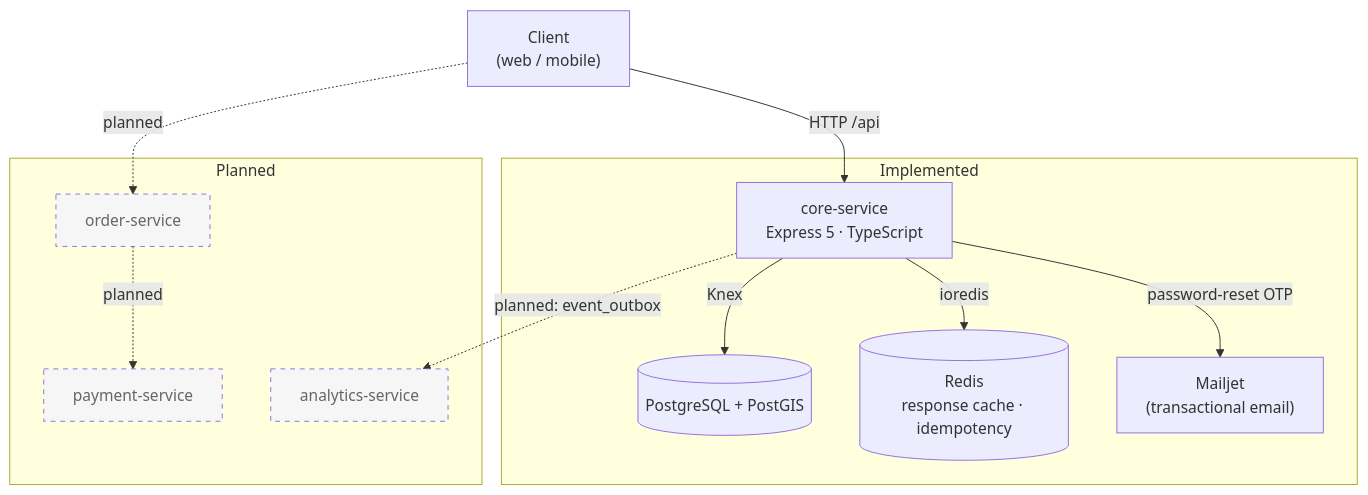
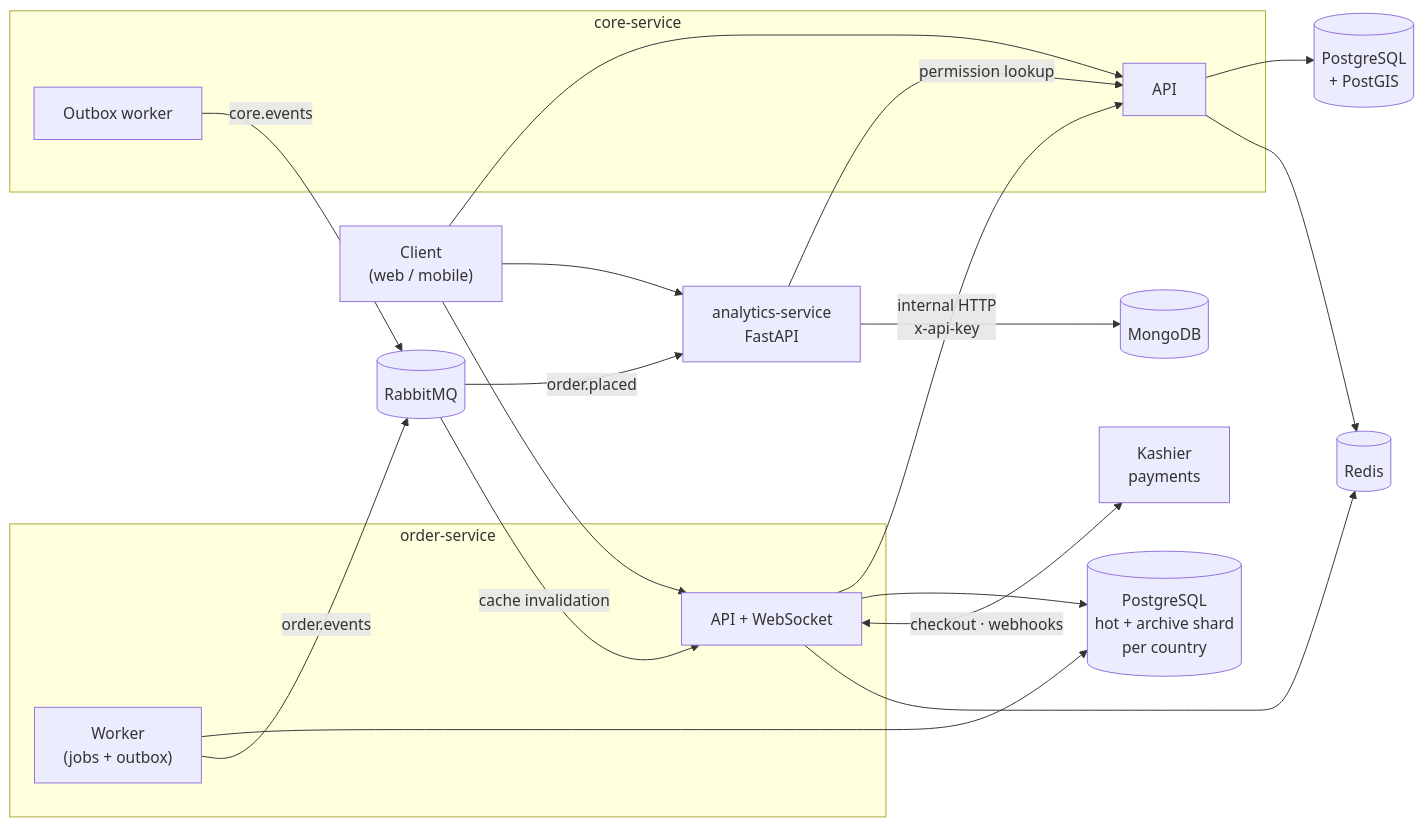
Before and after one commit to dodmedhat6-glitch/foodOrderingApp: the diagram in README.md, drawn with Mermaid. The commit also changed other lines of this file and 4 other files, not shown here.

First line of the commit message:
docs: rewrite platform README and add per-service READMEs

````diff
--- a/README.md
+++ b/README.md
@@ -73,29 +23,39 @@
 ```mermaid
-flowchart TB
+flowchart LR
     Client["Client<br/>(web / mobile)"]
 
-    subgraph Implemented["Implemented"]
-        Core["core-service<br/>Express 5 · TypeScript"]
-        PG[("PostgreSQL + PostGIS")]
-        Redis[("Redis<br/>response cache · idempotency")]
-        Mailjet["Mailjet<br/>(transactional email)"]
+    subgraph Core["core-service"]
+        CoreAPI["API"]
+        CoreWorker["Outbox worker"]
     end
+    subgraph Order["order-service"]
+        OrderAPI["API + WebSocket"]
+        OrderWorker["Worker<br/>(jobs + outbox)"]
+    end
+    Analytics["analytics-service<br/>FastAPI"]
 
-    subgraph Planned["Planned"]
-        Order["order-service"]
-        Payment["payment-service"]
-        Analytics["analytics-service"]
-    end
+    CorePG[("PostgreSQL<br/>+ PostGIS")]
+    OrderPG[("PostgreSQL<br/>hot + archive shard<br/>per country")]
+    Mongo[("MongoDB")]
+    Redis[("Redis")]
+    MQ[("RabbitMQ")]
+    Kashier["Kashier<br/>payments"]
 
-    Client -->|"HTTP /api"| Core
-    Core -->|Knex| PG
-    Core -->|ioredis| Redis
-    Core -->|password-reset OTP| Mailjet
+    Client --> CoreAPI
+    Client --> OrderAPI
+    Client --> Analytics
 
-    Client -.->|planned| Order
-    Order -.->|planned| Payment
-    Core -.->|"planned: event_outbox"| Analytics
-
-    classDef planned stroke-dasharray: 5 5,fill:#f6f6f6,color:#666;
-    class Order,Payment,Analytics planned;
+    CoreAPI --> CorePG
+    CoreWorker -->|"core.events"| MQ
+    OrderAPI -->|"internal HTTP<br/>x-api-key"| CoreAPI
+    MQ -->|"cache invalidation"| OrderAPI
+    OrderAPI --> OrderPG
+    OrderWorker --> OrderPG
+    OrderWorker -->|"order.events"| MQ
+    MQ -->|"order.placed"| Analytics
+    Analytics --> Mongo
+    Analytics -->|"permission lookup"| CoreAPI
+    OrderAPI <-->|"checkout · webhooks"| Kashier
+    CoreAPI --> Redis
+    OrderAPI --> Redis
 ```
````
